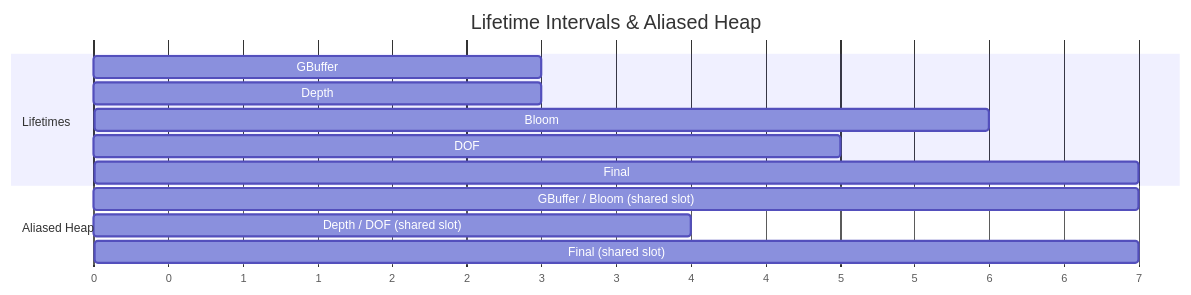
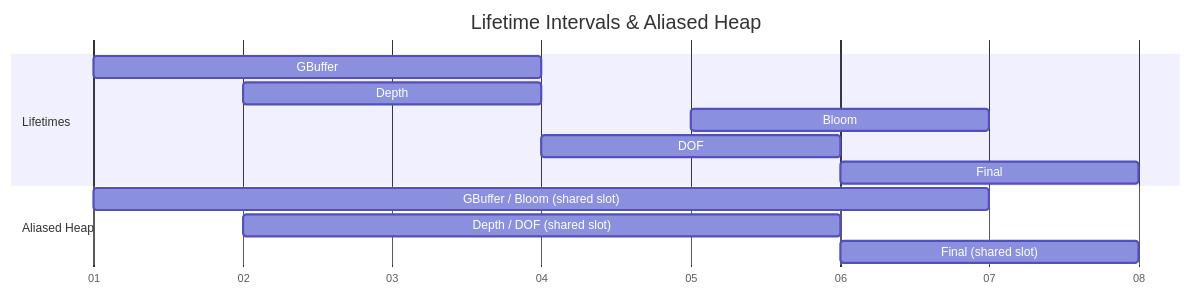
Before and after one commit to harmonius-dev/harmonius: the second of 11 diagrams in docs/design/render-graph-architecture.md, drawn with Mermaid. The commit also changed other lines of this file and 192 other files, not shown here.

````diff
--- a/docs/design/render-graph-architecture.md
+++ b/docs/design/render-graph-architecture.md
@@ -257,18 +257,19 @@
 ```mermaid
 gantt
     title Lifetime Intervals & Aliased Heap
-    dateFormat X
-    axisFormat %s
+    dateFormat YYYY-MM-DD
+    axisFormat %d
+    tickInterval 1day
 
     section Lifetimes
-    GBuffer   :gbuf, 0, 3
-    Depth     :depth, 1, 3
-    Bloom     :bloom, 4, 6
-    DOF       :dof, 3, 5
-    Final     :final, 5, 7
+    GBuffer   :gbuf, 2024-01-01, 3d
+    Depth     :depth, 2024-01-02, 2d
+    Bloom     :bloom, 2024-01-05, 2d
+    DOF       :dof, 2024-01-04, 2d
+    Final     :final, 2024-01-06, 2d
 
     section Aliased Heap
-    GBuffer / Bloom (shared slot) :alias1, 0, 7
-    Depth / DOF (shared slot)     :alias2, 0, 4
-    Final (shared slot)           :alias3, 4, 7
+    GBuffer / Bloom (shared slot) :alias1, 2024-01-01, 6d
+    Depth / DOF (shared slot)     :alias2, 2024-01-02, 4d
+    Final (shared slot)           :alias3, 2024-01-06, 2d
 ```
````
